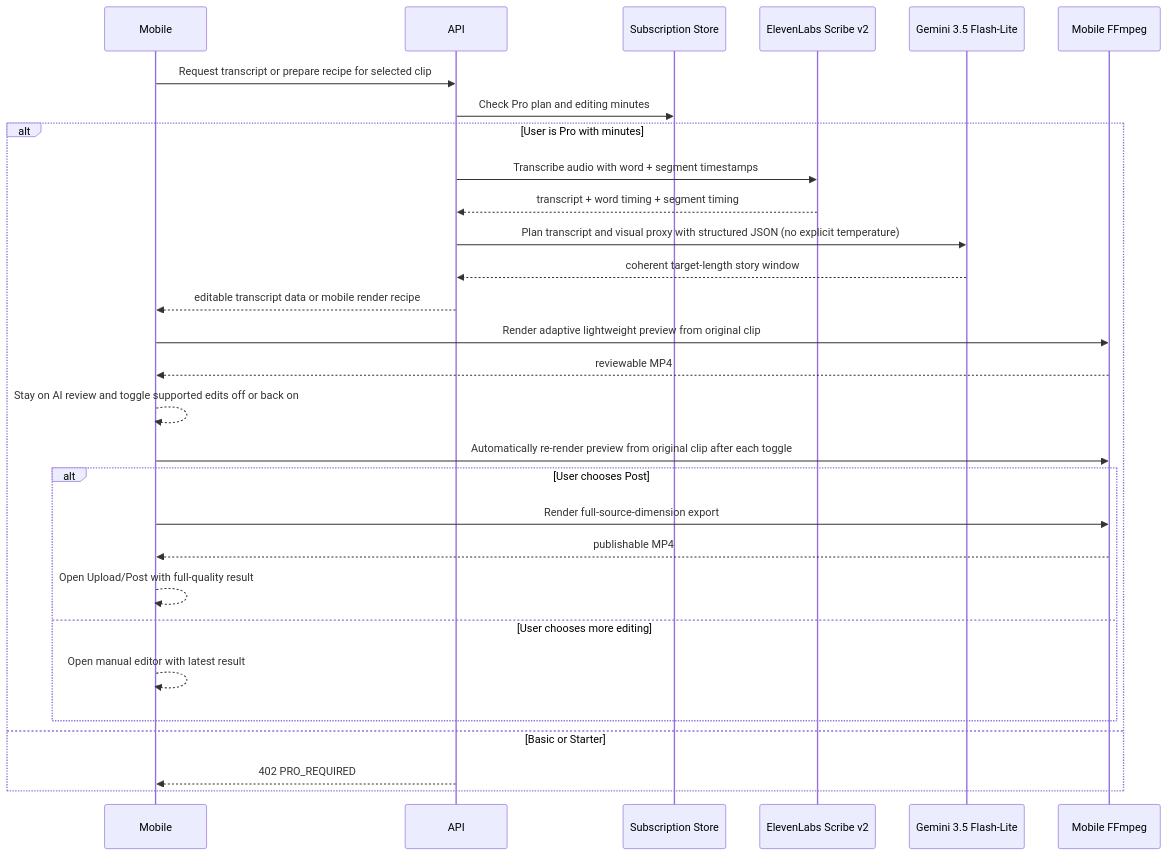
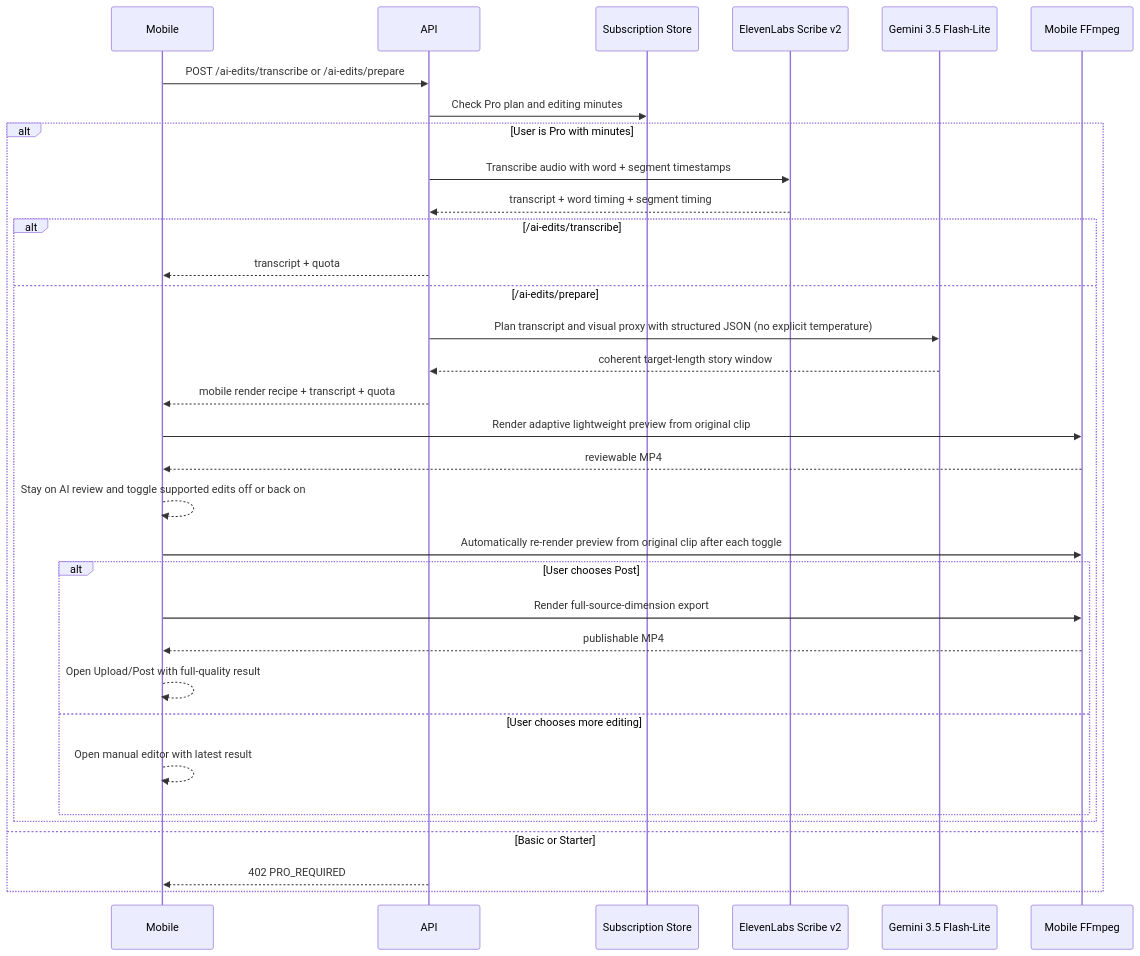
The seventh of 8 diagrams in ARCHITECTURE.md (NOI56/PostDeeMobile), drawn with Mermaid before and after one commit. The commit also changed 1 other file, not shown here.

Commit message:
docs: clarify Gemini deployment flows

````diff
--- a/ARCHITECTURE.md
+++ b/ARCHITECTURE.md
@@ -559,32 +559,36 @@
 ```mermaid
 sequenceDiagram
   participant M as Mobile
   participant A as API
   participant Sub as Subscription Store
   participant W as ElevenLabs Scribe v2
   participant G as Gemini 3.5 Flash-Lite
   participant F as Mobile FFmpeg
 
-  M->>A: Request transcript or prepare recipe for selected clip
+  M->>A: POST /ai-edits/transcribe or /ai-edits/prepare
   A->>Sub: Check Pro plan and editing minutes
   alt User is Pro with minutes
     A->>W: Transcribe audio with word + segment timestamps
     W-->>A: transcript + word timing + segment timing
-    A->>G: Plan transcript and visual proxy with structured JSON (no explicit temperature)
-    G-->>A: coherent target-length story window
-    A-->>M: editable transcript data or mobile render recipe
-    M->>F: Render adaptive lightweight preview from original clip
-    F-->>M: reviewable MP4
-    M-->>M: Stay on AI review and toggle supported edits off or back on
-    M->>F: Automatically re-render preview from original clip after each toggle
-    alt User chooses Post
-      M->>F: Render full-source-dimension export
-      F-->>M: publishable MP4
-      M-->>M: Open Upload/Post with full-quality result
-    else User chooses more editing
-      M-->>M: Open manual editor with latest result
+    alt /ai-edits/transcribe
+      A-->>M: transcript + quota
+    else /ai-edits/prepare
+      A->>G: Plan transcript and visual proxy with structured JSON (no explicit temperature)
+      G-->>A: coherent target-length story window
+      A-->>M: mobile render recipe + transcript + quota
+      M->>F: Render adaptive lightweight preview from original clip
+      F-->>M: reviewable MP4
+      M-->>M: Stay on AI review and toggle supported edits off or back on
+      M->>F: Automatically re-render preview from original clip after each toggle
+      alt User chooses Post
+        M->>F: Render full-source-dimension export
+        F-->>M: publishable MP4
+        M-->>M: Open Upload/Post with full-quality result
+      else User chooses more editing
+        M-->>M: Open manual editor with latest result
+      end
     end
   else Basic or Starter
     A-->>M: 402 PRO_REQUIRED
   end
 ```
````
